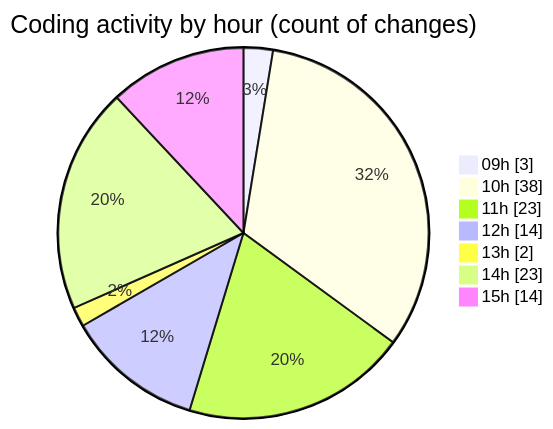
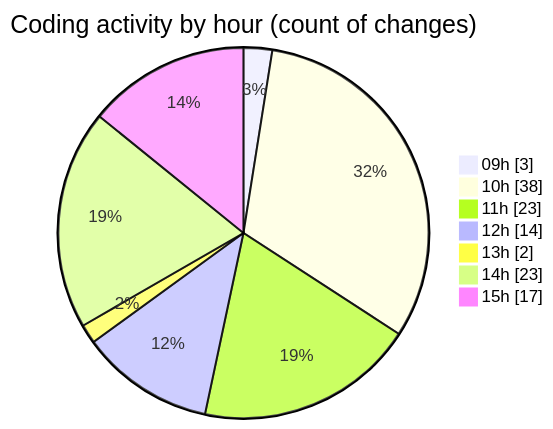
The second of 2 diagrams in 2025-11-19/cda/README.md (momahboobian/code-tracking), drawn with Mermaid before and after one commit. The commit also changed other lines of this file and 1 other file, not shown here.

````diff
--- a/2025-11-19/cda/README.md
+++ b/2025-11-19/cda/README.md
@@ -33,11 +33,11 @@
 ```mermaid
 pie showData
 title Coding activity by hour (count of changes)
 "09h" : 3
 "10h" : 38
 "11h" : 23
 "12h" : 14
 "13h" : 2
 "14h" : 23
-"15h" : 14
+"15h" : 17
 ```
````
